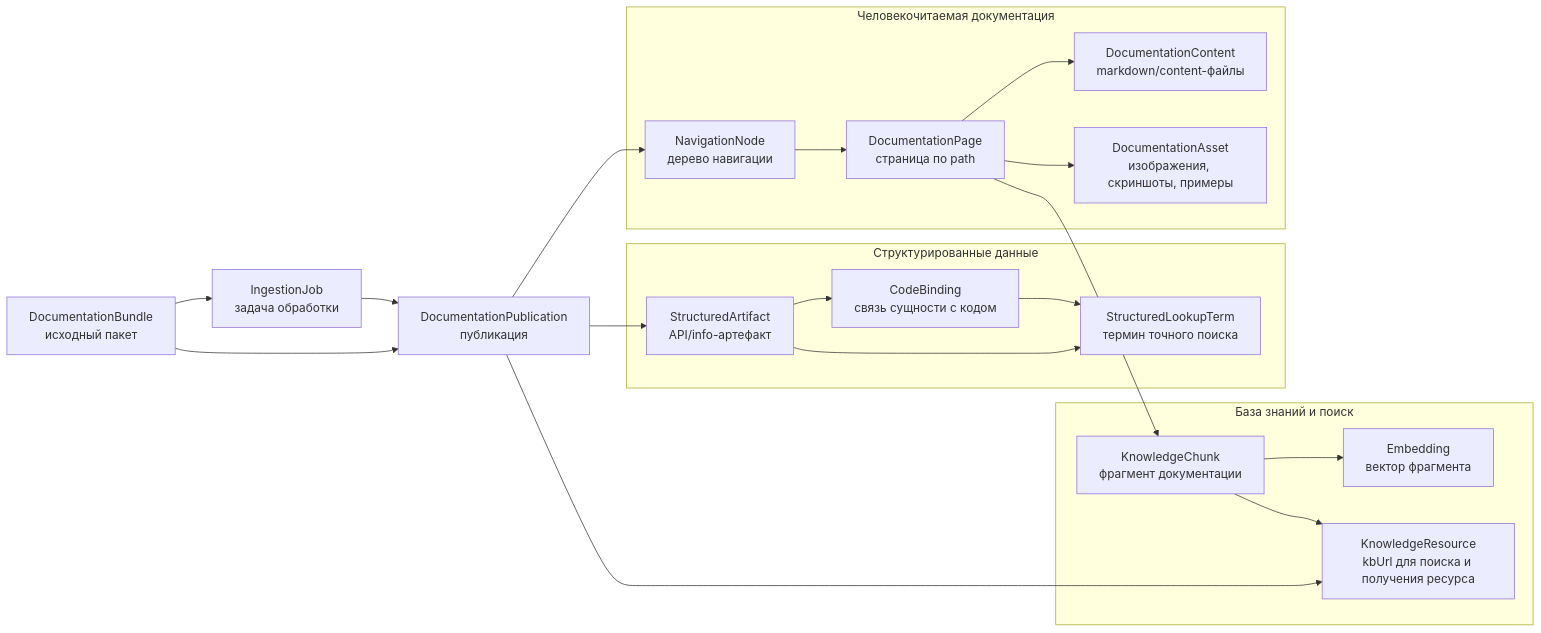
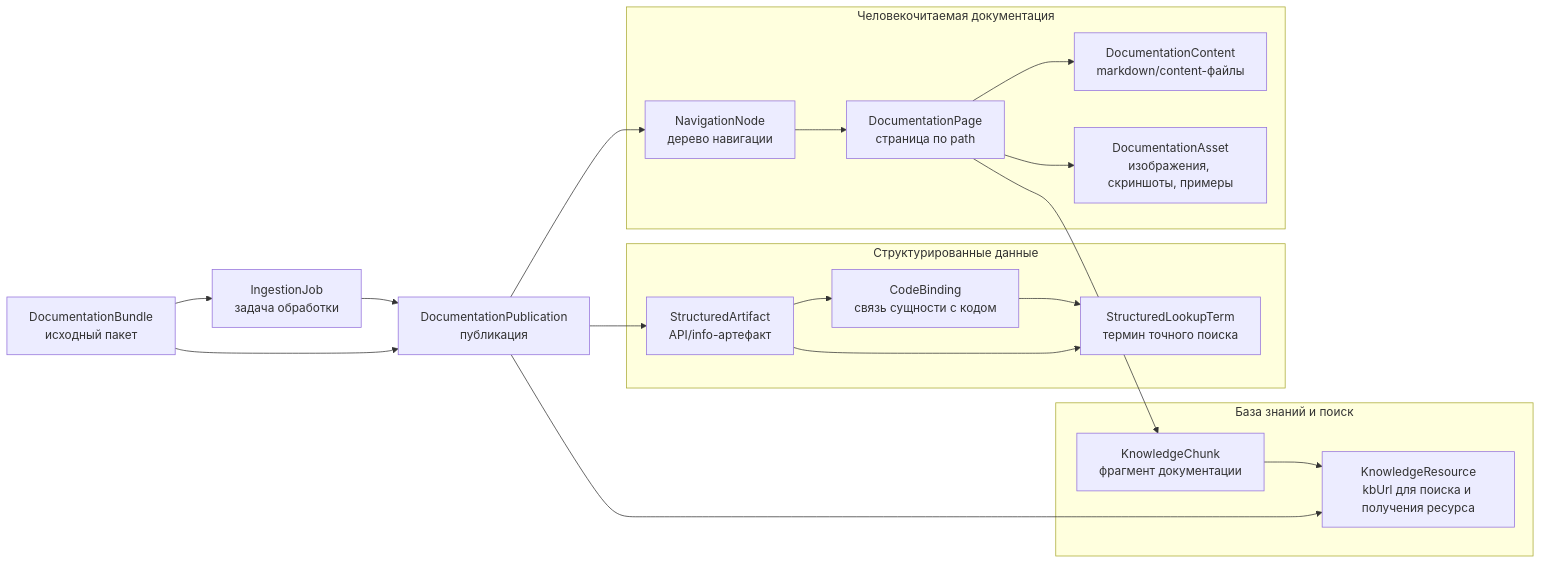
Before and after one commit to salute-developers/design-system-builder: the fourth of 6 diagrams in openspec/architecture/ADR-0002-documentation.md, drawn with Mermaid. The commit also changed other lines of this file and 201 other files, not shown here.

````diff
--- a/openspec/architecture/ADR-0002-documentation.md
+++ b/openspec/architecture/ADR-0002-documentation.md
@@ -253,45 +250,43 @@
 ```mermaid
 flowchart LR
     Bundle["DocumentationBundle\nисходный пакет"]
     Job["IngestionJob\nзадача обработки"]
     Publication["DocumentationPublication\nпубликация"]
 
     Bundle --> Job
     Job --> Publication
     Bundle --> Publication
 
     subgraph HumanDocs["Человекочитаемая документация"]
         Navigation["NavigationNode\nдерево навигации"]
         Page["DocumentationPage\nстраница по path"]
         Content["DocumentationContent\nmarkdown/content-файлы"]
         Asset["DocumentationAsset\nизображения, скриншоты, примеры"]
 
         Navigation --> Page
         Page --> Content
         Page --> Asset
     end
 
     subgraph StructuredData["Структурированные данные"]
         Artifact["StructuredArtifact\nAPI/info-артефакт"]
         CodeBinding["CodeBinding\nсвязь сущности с кодом"]
         LookupTerm["StructuredLookupTerm\nтермин точного поиска"]
 
         Artifact --> CodeBinding
         Artifact --> LookupTerm
         CodeBinding --> LookupTerm
     end
 
     subgraph KnowledgeBase["База знаний и поиск"]
         Chunk["KnowledgeChunk\nфрагмент документации"]
-        Embedding["Embedding\nвектор фрагмента"]
         Resource["KnowledgeResource\nkbUrl для поиска и получения ресурса"]
 
-        Chunk --> Embedding
         Chunk --> Resource
     end
 
     Publication --> Navigation
     Publication --> Artifact
     Page --> Chunk
     Publication --> Resource
 ```
````
